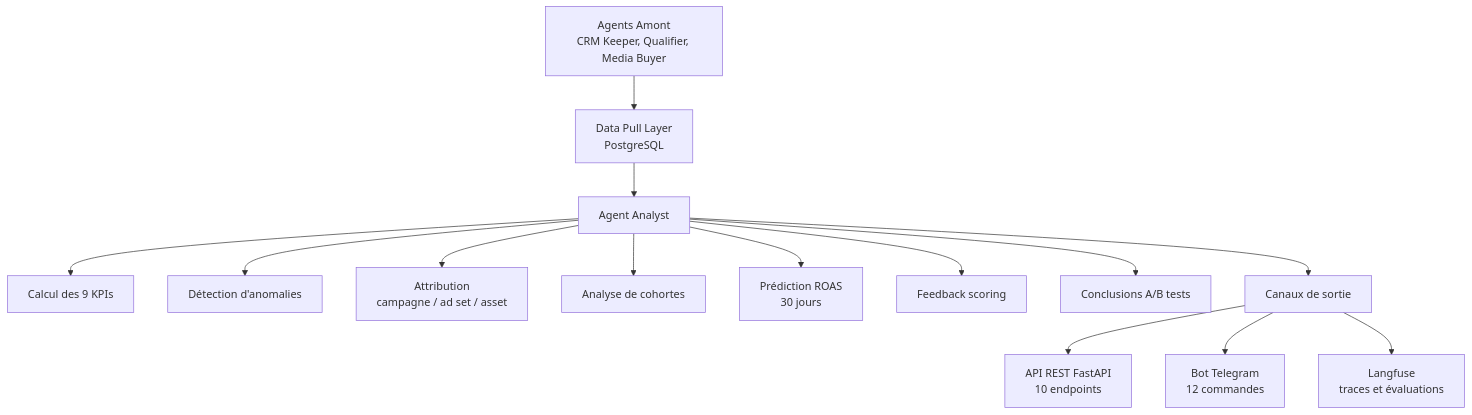
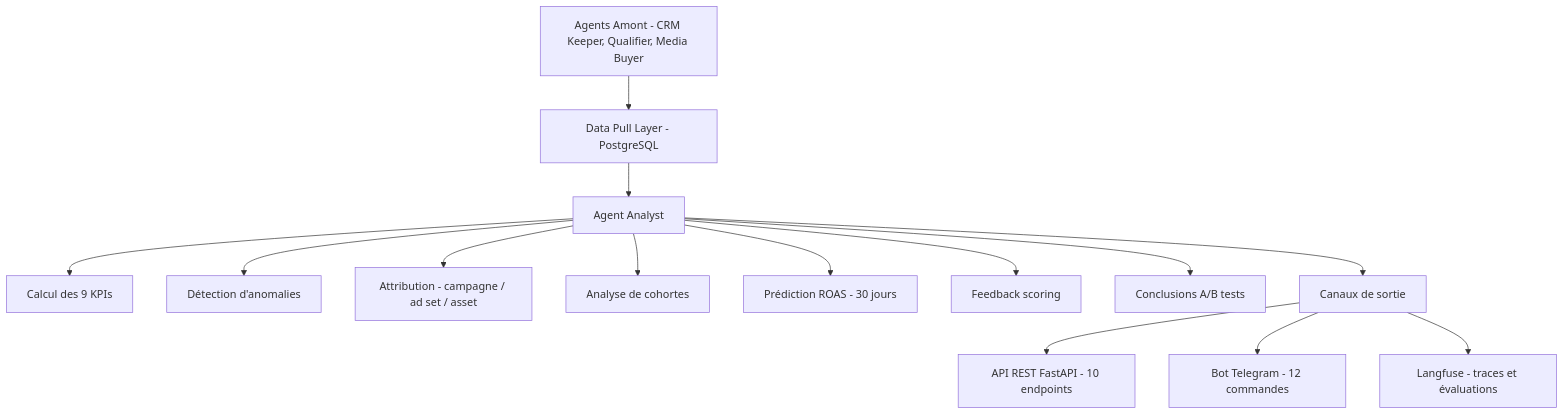
The diagram in README.md (abderrahmanamaoulouden533-ops/ai-growth-agent-analyst), drawn with Mermaid before and after one commit.

````diff
--- a/README.md
+++ b/README.md
@@ -18,16 +18,16 @@
 ```mermaid
 flowchart TD
-    A[Agents Amont<br/>CRM Keeper, Qualifier, Media Buyer] --> B[Data Pull Layer<br/>PostgreSQL]
+    A[Agents Amont - CRM Keeper, Qualifier, Media Buyer] --> B[Data Pull Layer - PostgreSQL]
     B --> C[Agent Analyst]
     C --> C1[Calcul des 9 KPIs]
     C --> C2[Détection d'anomalies]
-    C --> C3[Attribution<br/>campagne / ad set / asset]
+    C --> C3[Attribution - campagne / ad set / asset]
     C --> C4[Analyse de cohortes]
-    C --> C5[Prédiction ROAS<br/>30 jours]
+    C --> C5[Prédiction ROAS - 30 jours]
     C --> C6[Feedback scoring]
     C --> C7[Conclusions A/B tests]
     C --> D[Canaux de sortie]
-    D --> D1[API REST FastAPI<br/>10 endpoints]
-    D --> D2[Bot Telegram<br/>12 commandes]
-    D --> D3[Langfuse<br/>traces et évaluations]
+    D --> D1[API REST FastAPI - 10 endpoints]
+    D --> D2[Bot Telegram - 12 commandes]
+    D --> D3[Langfuse - traces et évaluations]
 ```
````
